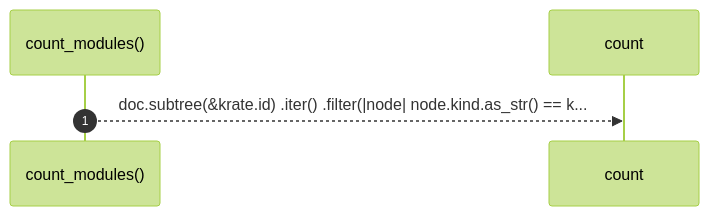
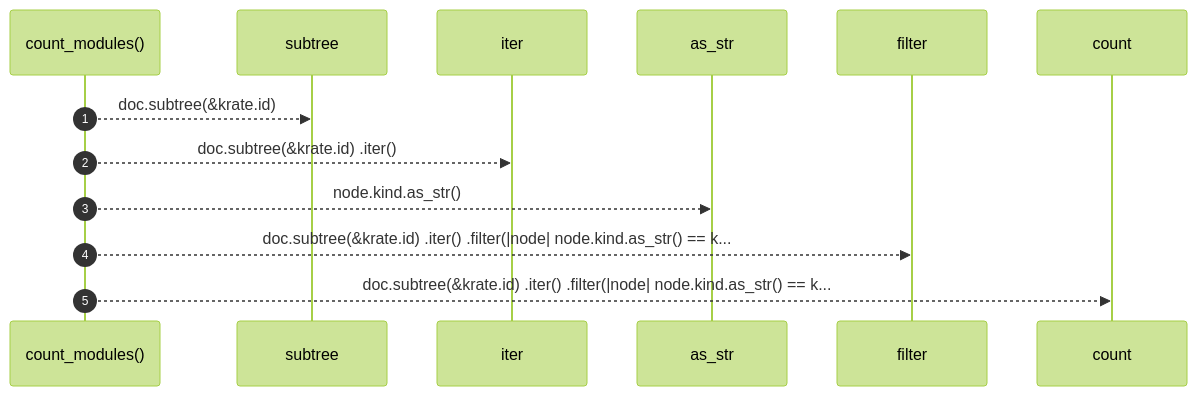
The diagram in docs/self-model/robby_render/tree/count-modules.md (RyanGuild/self-describing-code), drawn with Mermaid (forest theme) before and after one commit. The commit also changed other lines of this file and 1404 other files, not shown here.

````diff
--- a/docs/self-model/robby_render/tree/count-modules.md
+++ b/docs/self-model/robby_render/tree/count-modules.md
@@ -21,7 +21,15 @@
 ```mermaid
 sequenceDiagram
     autonumber
     participant count_modules as count_modules()
+    participant subtree as subtree
+    participant iter as iter
+    participant as_str as as_str
+    participant filter as filter
     participant count as count
+    count_modules-->>subtree: doc.subtree(&krate.id)
+    count_modules-->>iter: doc.subtree(&krate.id) .iter()
+    count_modules-->>as_str: node.kind.as_str()
+    count_modules-->>filter: doc.subtree(&krate.id) .iter() .filter(|node| node.kind.as_str() == k...
     count_modules-->>count: doc.subtree(&krate.id) .iter() .filter(|node| node.kind.as_str() == k...
 ```
````
